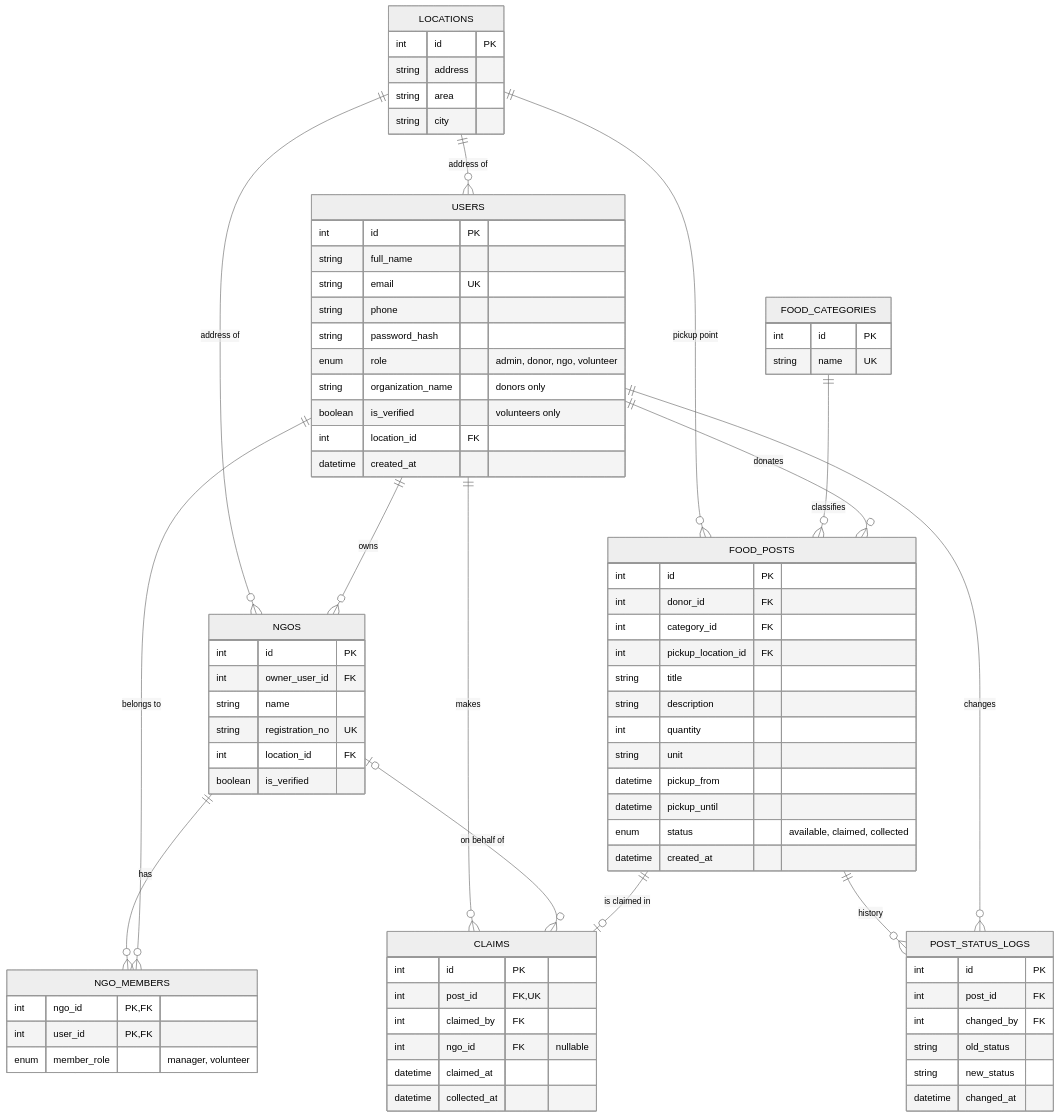
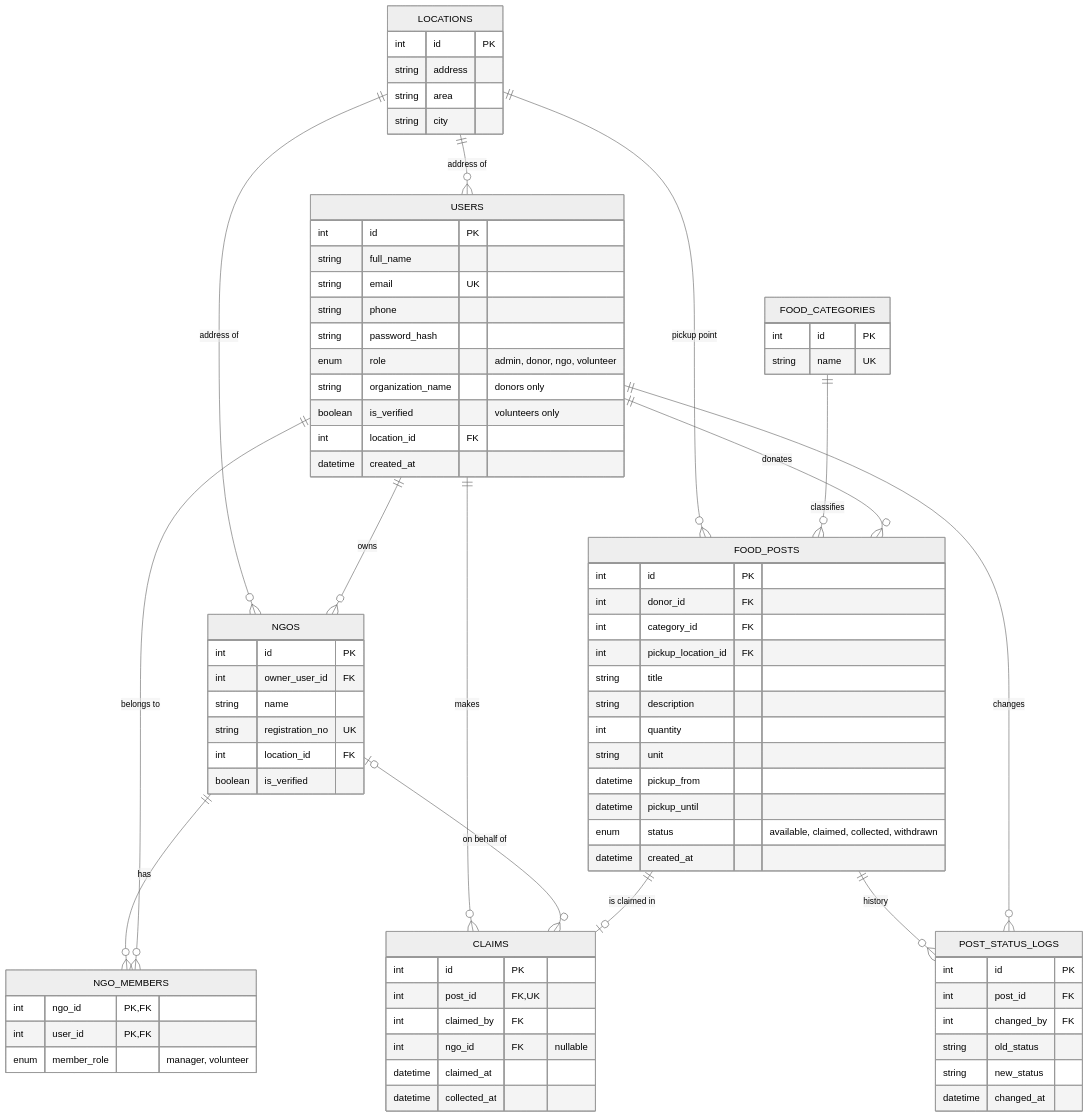
The diagram in docs/erd.mmd (hifzaitiz/foodshare), drawn with Mermaid (neutral theme) before and after one commit. The commit also changed 2 other files, not shown here.

Commit message:
Add withdrawn post status to schema, ERD and PRD
A donor withdrawing a post is a real status change (available -> withdrawn) that is logged, rather than a delete that would erase the post's history. Existing databases need: ALTER TABLE food_posts MODIFY status ENUM('available','claimed','collected','withdrawn') NOT NULL DEFAULT 'available';

```diff
--- a/docs/erd.mmd
+++ b/docs/erd.mmd
@@ -1,87 +1,87 @@
 erDiagram
     LOCATIONS {
         int id PK
         string address
         string area
         string city
     }
 
     USERS {
         int id PK
         string full_name
         string email UK
         string phone
         string password_hash
         enum role "admin, donor, ngo, volunteer"
         string organization_name "donors only"
         boolean is_verified "volunteers only"
         int location_id FK
         datetime created_at
     }
 
     NGOS {
         int id PK
         int owner_user_id FK
         string name
         string registration_no UK
         int location_id FK
         boolean is_verified
     }
 
     NGO_MEMBERS {
         int ngo_id PK, FK
         int user_id PK, FK
         enum member_role "manager, volunteer"
     }
 
     FOOD_CATEGORIES {
         int id PK
         string name UK
     }
 
     FOOD_POSTS {
         int id PK
         int donor_id FK
         int category_id FK
         int pickup_location_id FK
         string title
         string description
         int quantity
         string unit
         datetime pickup_from
         datetime pickup_until
-        enum status "available, claimed, collected"
+        enum status "available, claimed, collected, withdrawn"
         datetime created_at
     }
 
     CLAIMS {
         int id PK
         int post_id FK, UK
         int claimed_by FK
         int ngo_id FK "nullable"
         datetime claimed_at
         datetime collected_at
     }
 
     POST_STATUS_LOGS {
         int id PK
         int post_id FK
         int changed_by FK
         string old_status
         string new_status
         datetime changed_at
     }
 
     LOCATIONS ||--o{ USERS : "address of"
     LOCATIONS ||--o{ NGOS : "address of"
     LOCATIONS ||--o{ FOOD_POSTS : "pickup point"
     USERS ||--o{ NGOS : "owns"
     NGOS ||--o{ NGO_MEMBERS : "has"
     USERS ||--o{ NGO_MEMBERS : "belongs to"
     FOOD_CATEGORIES ||--o{ FOOD_POSTS : "classifies"
     USERS ||--o{ FOOD_POSTS : "donates"
     USERS ||--o{ CLAIMS : "makes"
     NGOS |o--o{ CLAIMS : "on behalf of"
     FOOD_POSTS ||--o| CLAIMS : "is claimed in"
     FOOD_POSTS ||--o{ POST_STATUS_LOGS : "history"
     USERS ||--o{ POST_STATUS_LOGS : "changes"
```
